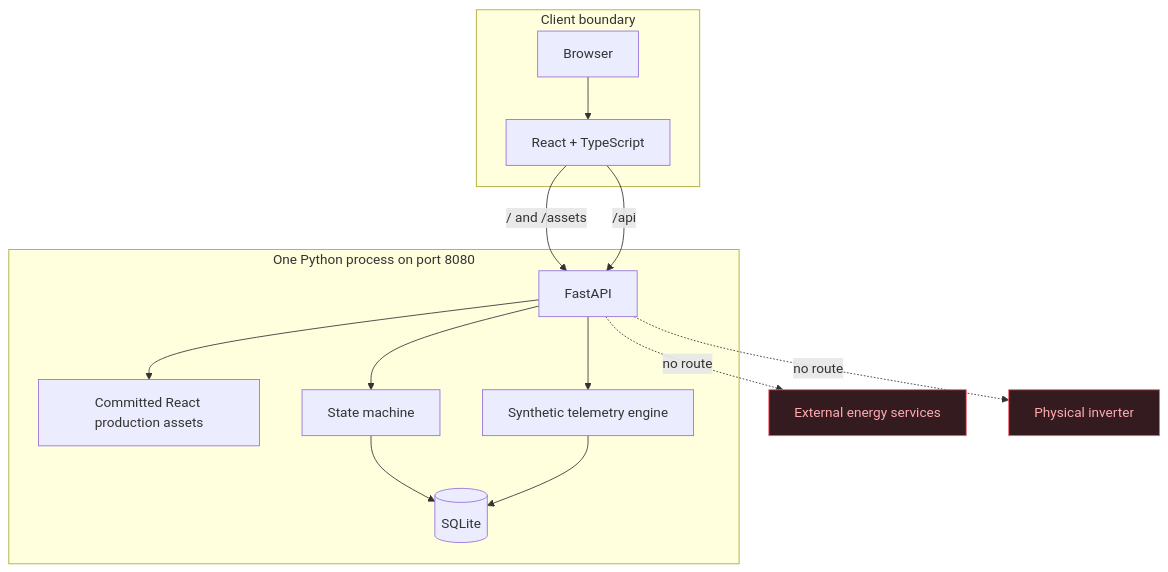
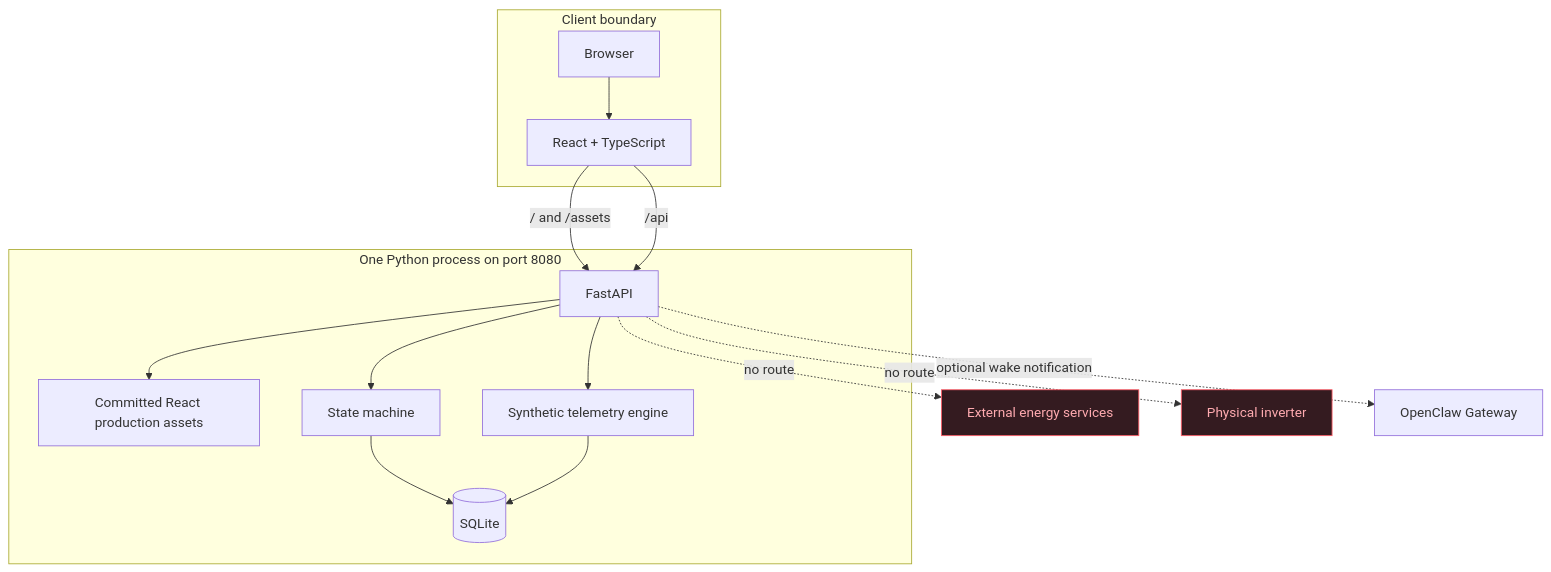
The first of 2 diagrams in docs/architecture.md (The-AnhTa/semsplus-local-emulator), drawn with Mermaid before and after one commit. The commit also changed other lines of this file and 24 other files, not shown here.

````diff
--- a/docs/architecture.md
+++ b/docs/architecture.md
@@ -5,28 +5,29 @@
 ```mermaid
 flowchart TB
     subgraph Client[Client boundary]
       B[Browser]
       R[React + TypeScript]
     end
     subgraph Emulator[One Python process on port 8080]
       A[FastAPI]
       S[Committed React production assets]
       M[State machine]
       T[Synthetic telemetry engine]
       D[(SQLite)]
     end
     X[External energy services]:::blocked
     I[Physical inverter]:::blocked
 
     B --> R
     R -->|/ and /assets| A
     A --> S
     R -->|/api| A
     A --> M
     A --> T
     M --> D
     T --> D
+    A -. optional wake notification .-> O[OpenClaw Gateway]
     A -. no route .-> X
     A -. no route .-> I
     classDef blocked fill:#341b20,stroke:#ff5d67,color:#ffabb0
 ```
````
